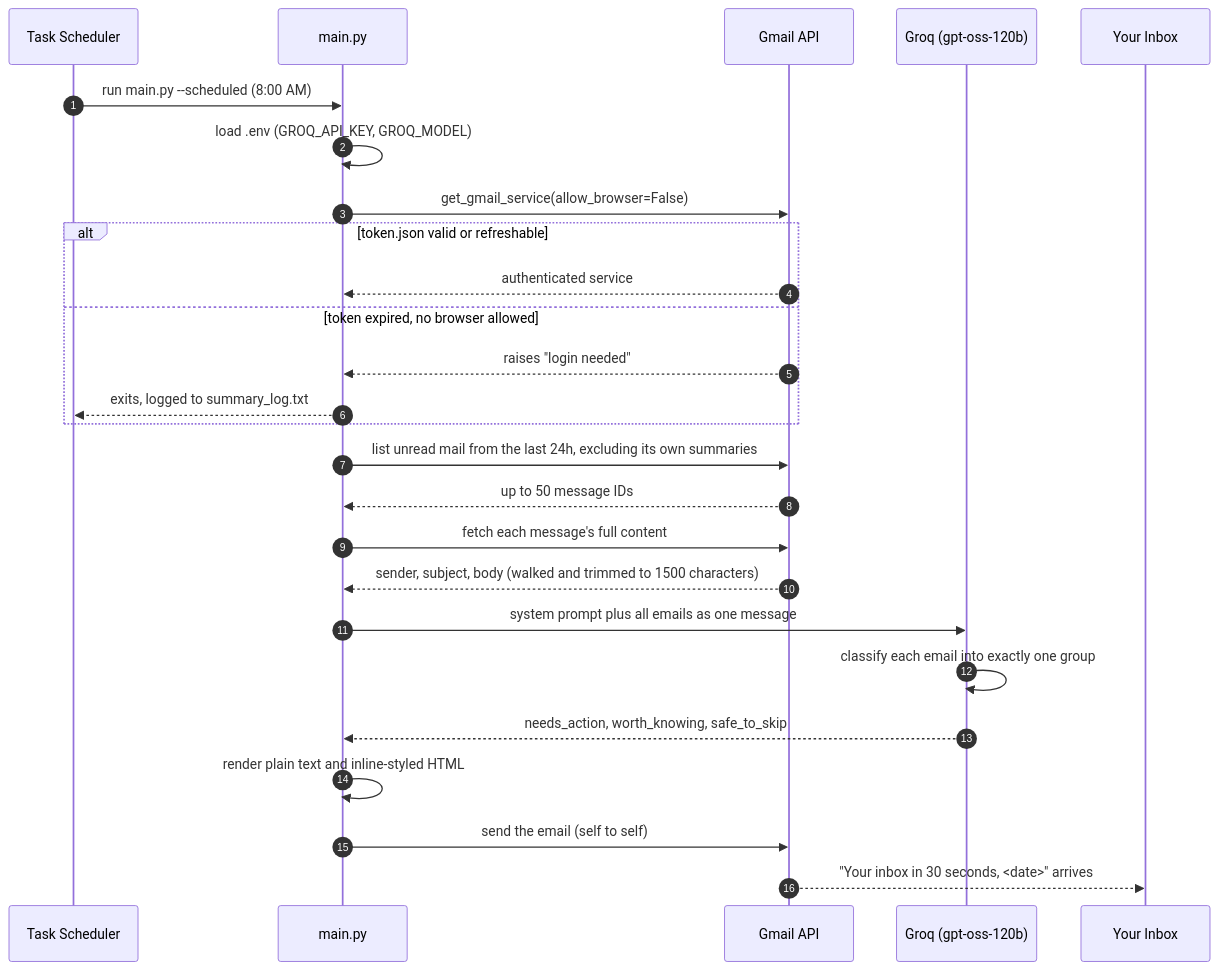
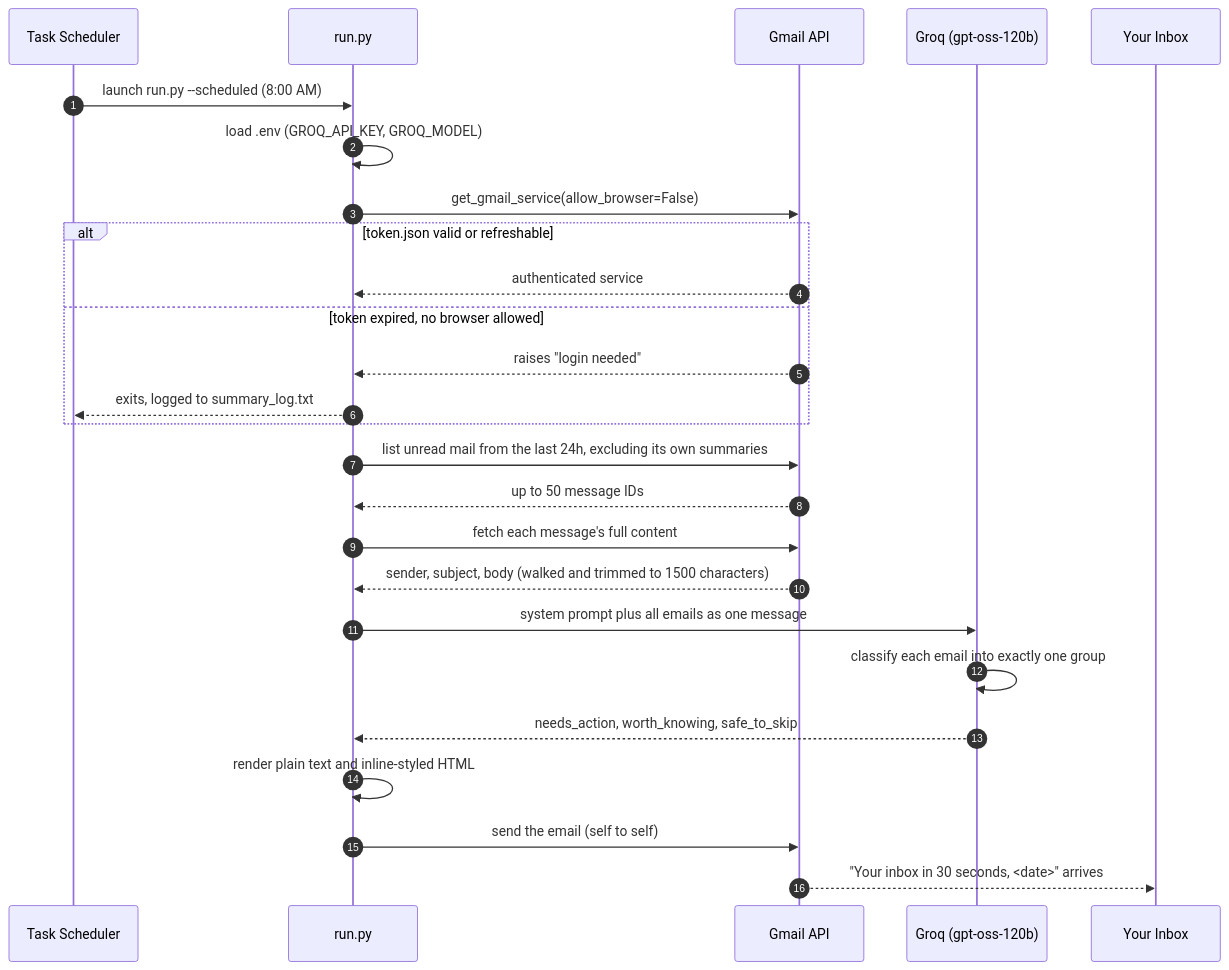
One commit to buildwithranvir/gmail-ai-summarizer changed the third of 4 diagrams in README.md. Above: the diagram before and after it, drawn with Mermaid. The commit also changed other lines of this file and 3 other files, not shown here.

````diff
--- a/README.md
+++ b/README.md
@@ -153,29 +153,29 @@
 ```mermaid
 sequenceDiagram
     autonumber
     participant TS as Task Scheduler
-    participant M as main.py
+    participant M as run.py
     participant GA as Gmail API
     participant AI as Groq (gpt-oss-120b)
     participant You as Your Inbox
 
-    TS->>M: run main.py --scheduled (8:00 AM)
+    TS->>M: launch run.py --scheduled (8:00 AM)
     M->>M: load .env (GROQ_API_KEY, GROQ_MODEL)
     M->>GA: get_gmail_service(allow_browser=False)
     alt token.json valid or refreshable
         GA-->>M: authenticated service
     else token expired, no browser allowed
         GA-->>M: raises "login needed"
         M-->>TS: exits, logged to summary_log.txt
     end
     M->>GA: list unread mail from the last 24h, excluding its own summaries
     GA-->>M: up to 50 message IDs
     M->>GA: fetch each message's full content
     GA-->>M: sender, subject, body (walked and trimmed to 1500 characters)
     M->>AI: system prompt plus all emails as one message
     AI->>AI: classify each email into exactly one group
     AI-->>M: needs_action, worth_knowing, safe_to_skip
     M->>M: render plain text and inline-styled HTML
     M->>GA: send the email (self to self)
     GA-->>You: "Your inbox in 30 seconds, <date>" arrives
 ```
````
